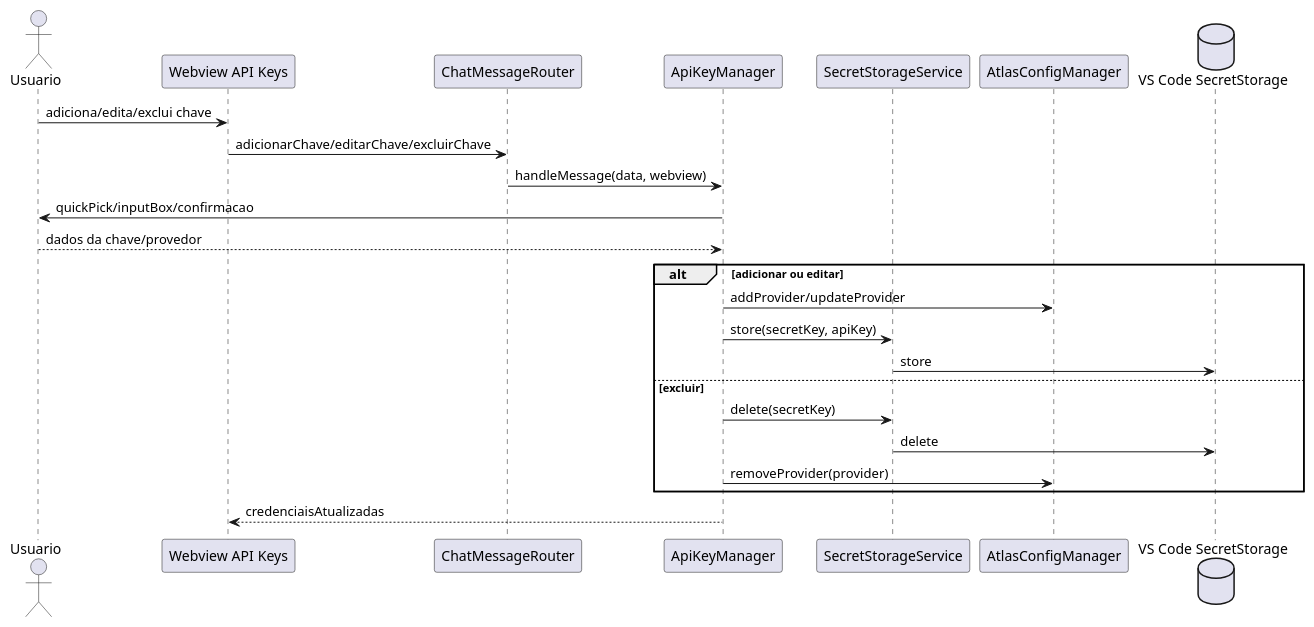
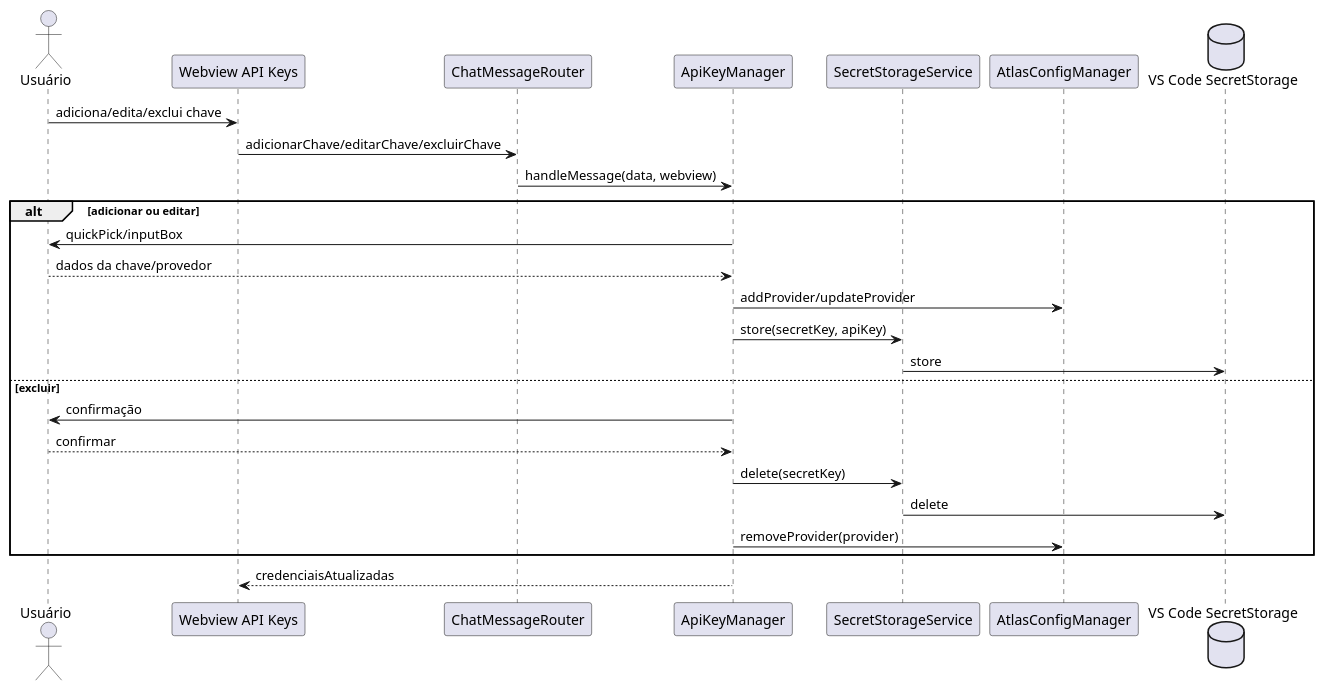
The tenth of 38 diagrams in docs/plantuml-diagramas-por-caso-de-uso-atlas.md (JVictorVI/ATLAS), drawn with PlantUML before and after one commit. The commit also changed other lines of this file and 5 other files, not shown here.

Commit message:
Atualiza diagramas e casos de uso

````diff
--- a/docs/plantuml-diagramas-por-caso-de-uso-atlas.md
+++ b/docs/plantuml-diagramas-por-caso-de-uso-atlas.md
@@ -304,30 +308,32 @@
 ```plantuml
 @startuml
 skinparam shadowing false
-actor Usuario
+actor Usuário
 participant "Webview API Keys" as Webview
 participant ChatMessageRouter as Router
 participant ApiKeyManager as ApiKeys
 participant SecretStorageService as Secrets
 participant AtlasConfigManager as Config
 database "VS Code SecretStorage" as VSSecrets
 
-Usuario -> Webview : adiciona/edita/exclui chave
+Usuário -> Webview : adiciona/edita/exclui chave
 Webview -> Router : adicionarChave/editarChave/excluirChave
 Router -> ApiKeys : handleMessage(data, webview)
-ApiKeys -> Usuario : quickPick/inputBox/confirmacao
-Usuario --> ApiKeys : dados da chave/provedor
 
 alt adicionar ou editar
+  ApiKeys -> Usuário : quickPick/inputBox
+  Usuário --> ApiKeys : dados da chave/provedor
   ApiKeys -> Config : addProvider/updateProvider
   ApiKeys -> Secrets : store(secretKey, apiKey)
   Secrets -> VSSecrets : store
 else excluir
+  ApiKeys -> Usuário : confirmação
+  Usuário --> ApiKeys : confirmar
   ApiKeys -> Secrets : delete(secretKey)
   Secrets -> VSSecrets : delete
   ApiKeys -> Config : removeProvider(provider)
 end
 
 ApiKeys --> Webview : credenciaisAtualizadas
 @enduml
 ```
````
